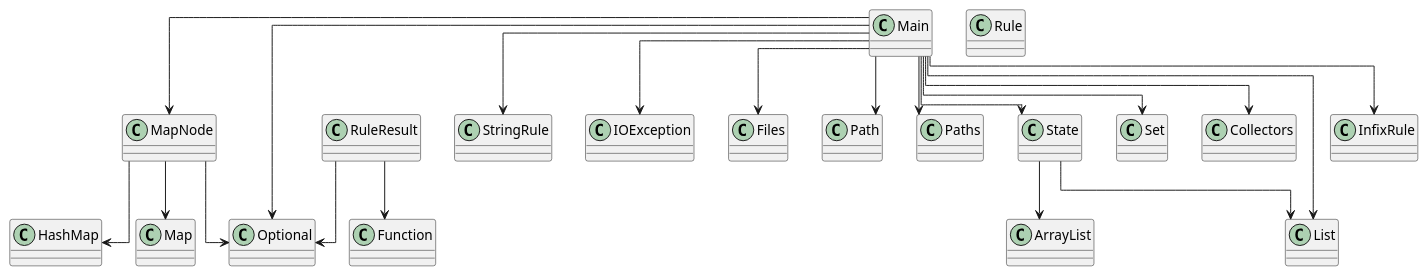
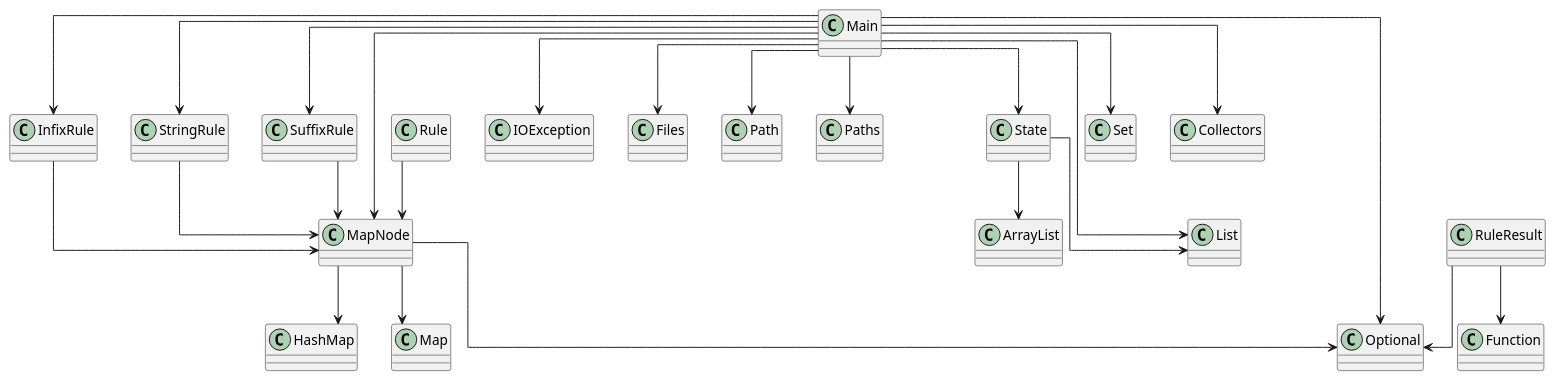
The diagram in diagram.puml (SirMathhman/Magma), drawn with PlantUML before and after one commit. The commit also changed 2 other files, not shown here.

Commit message:
SuffixRule

```diff
--- a/diagram.puml
+++ b/diagram.puml
@@ -1,29 +1,35 @@
 @startuml
 skinparam linetype ortho
+class SuffixRule
+SuffixRule --> MapNode
+class Rule
+Rule --> MapNode
 class InfixRule
-class Rule
-class RuleResult
-RuleResult --> Optional
-RuleResult --> Function
+InfixRule --> MapNode
 class Main
-Main --> InfixRule
 Main --> MapNode
 Main --> State
+Main --> InfixRule
 Main --> StringRule
+Main --> SuffixRule
 Main --> IOException
 Main --> Files
 Main --> Path
 Main --> Paths
 Main --> List
 Main --> Optional
 Main --> Set
 Main --> Collectors
-class StringRule
+class RuleResult
+RuleResult --> Optional
+RuleResult --> Function
 class MapNode
 MapNode --> HashMap
 MapNode --> Map
 MapNode --> Optional
+class StringRule
+StringRule --> MapNode
 class State
 State --> ArrayList
 State --> List
 @enduml
```
